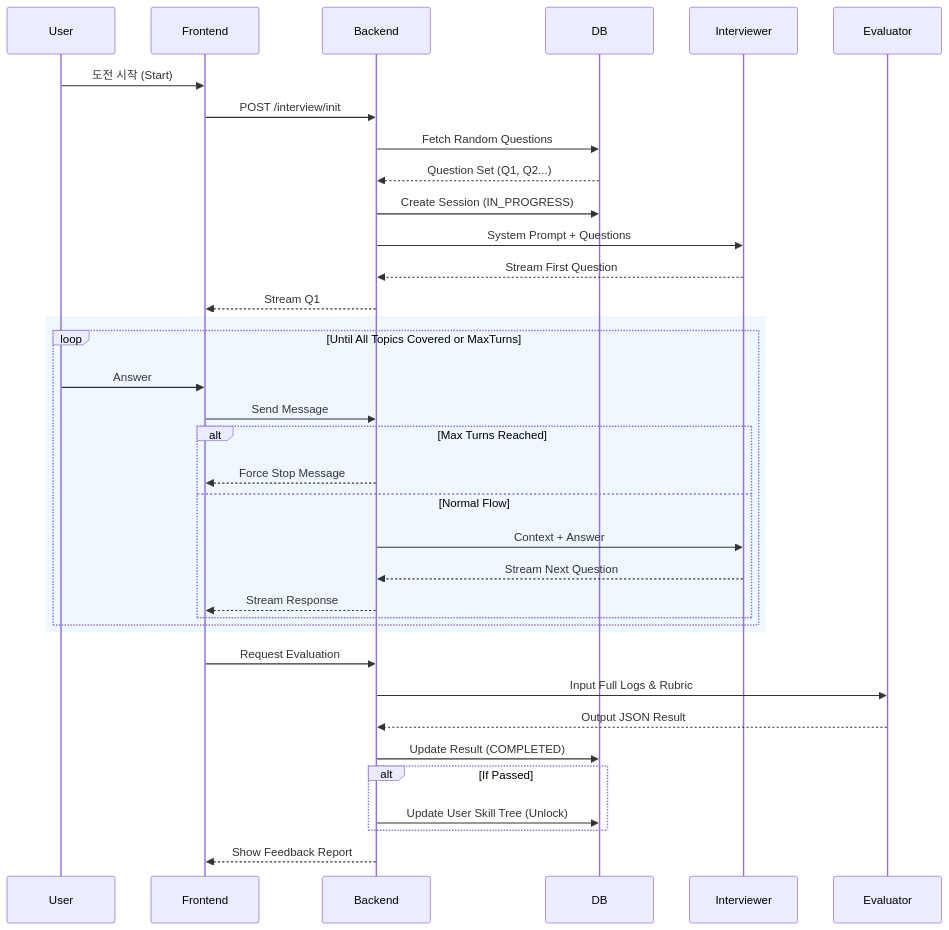
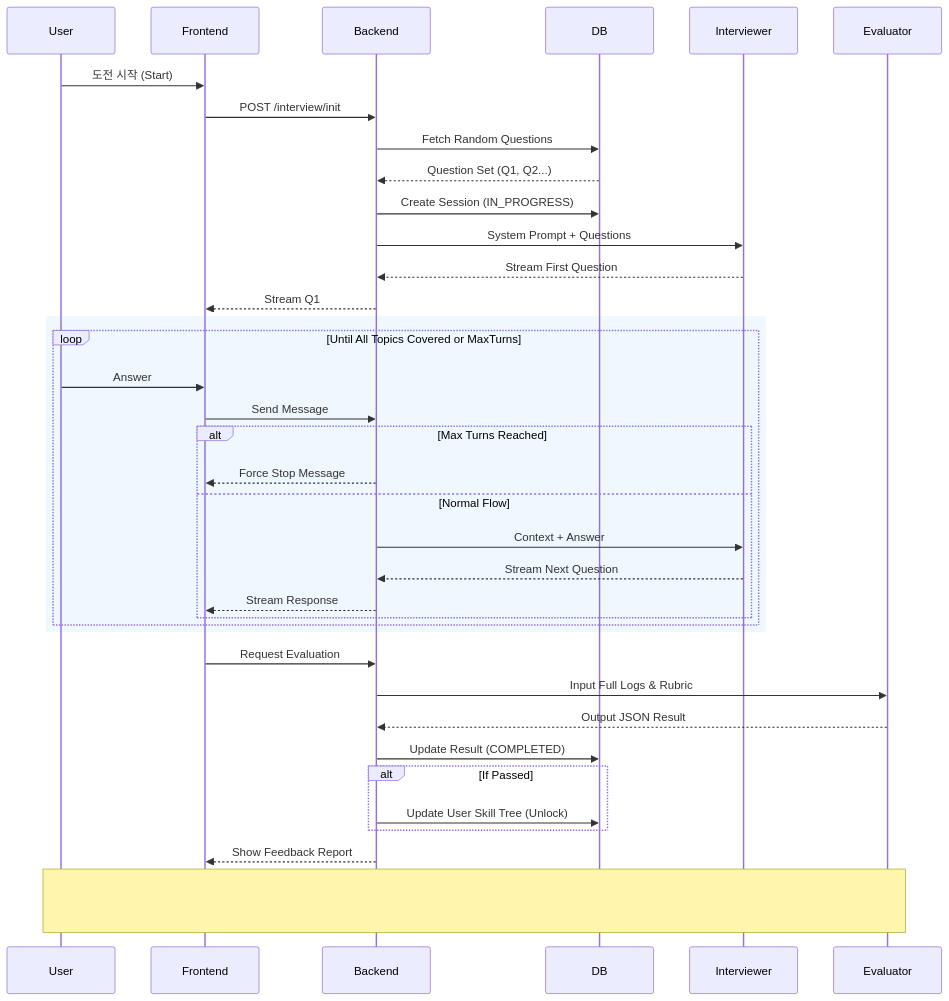
One commit to haebo9/ai_techtree_project changed the diagram in docs/2_design/agent_workflow.md. Above: the diagram before and after it, drawn with Mermaid.

Commit message:
docs: fix: 하단 여백 추가

````diff
--- a/docs/2_design/agent_workflow.md
+++ b/docs/2_design/agent_workflow.md
@@ -114,49 +114,50 @@
 ```mermaid
 sequenceDiagram
     participant User
     participant Frontend
     participant Backend
     participant DB
     participant Interviewer
     participant Evaluator
 
     %% --- [Phase 1: Init] ---
     User->>Frontend: 도전 시작 (Start)
     Frontend->>Backend: POST /interview/init
     
     Backend->>DB: Fetch Random Questions
     DB-->>Backend: Question Set (Q1, Q2...)
     
     Backend->>DB: Create Session (IN_PROGRESS)
     Backend->>Interviewer: System Prompt + Questions
     Interviewer-->>Backend: Stream First Question
     Backend-->>Frontend: Stream Q1
 
     %% --- [Phase 2: Interactive Loop] ---
     rect rgb(240, 248, 255)
         loop Until All Topics Covered or MaxTurns
             User->>Frontend: Answer
             Frontend->>Backend: Send Message
             
             alt Max Turns Reached
                 Backend-->>Frontend: Force Stop Message
             else Normal Flow
                 Backend->>Interviewer: Context + Answer
                 Interviewer-->>Backend: Stream Next Question
                 Backend-->>Frontend: Stream Response
             end
         end
     end
 
     %% --- [Phase 3: Evaluation] ---
     Frontend->>Backend: Request Evaluation
     Backend->>Evaluator: Input Full Logs & Rubric
     Evaluator-->>Backend: Output JSON Result
     
     Backend->>DB: Update Result (COMPLETED)
     alt If Passed
         Backend->>DB: Update User Skill Tree (Unlock)
     end
     
     Backend-->>Frontend: Show Feedback Report
+    Note over User, Evaluator: <br/><br/><br/>
 ```
````
